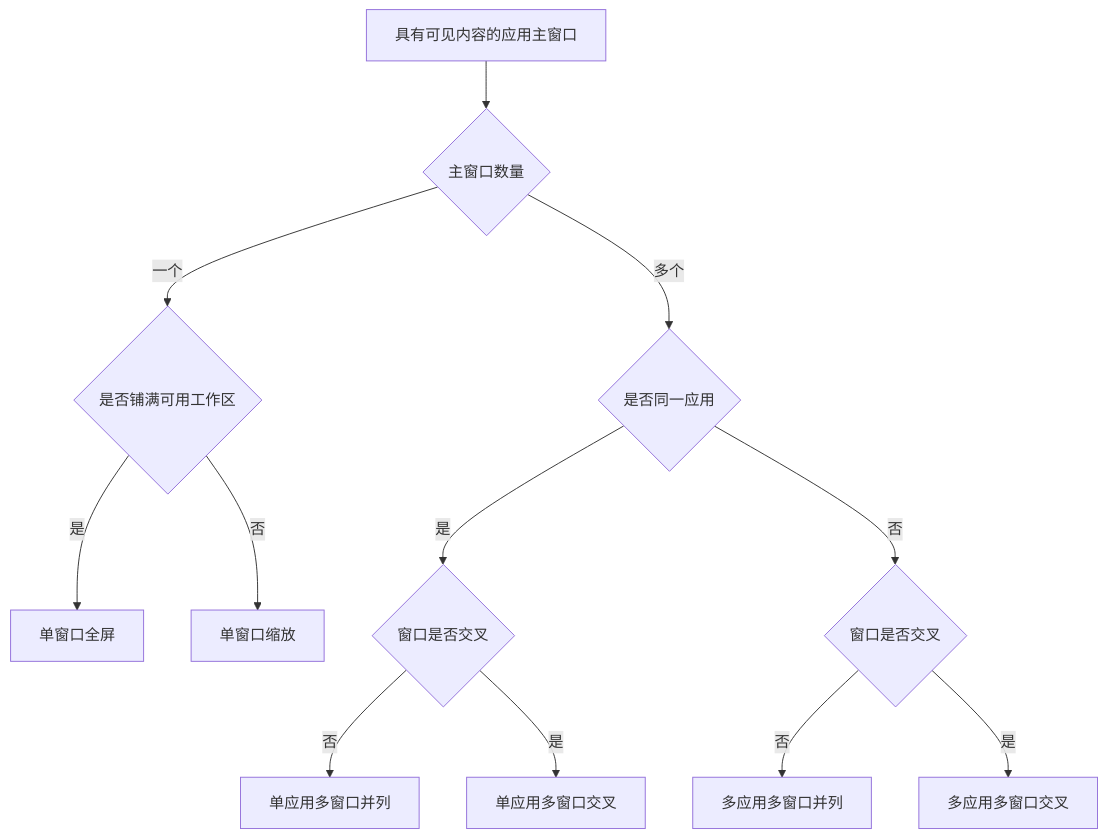
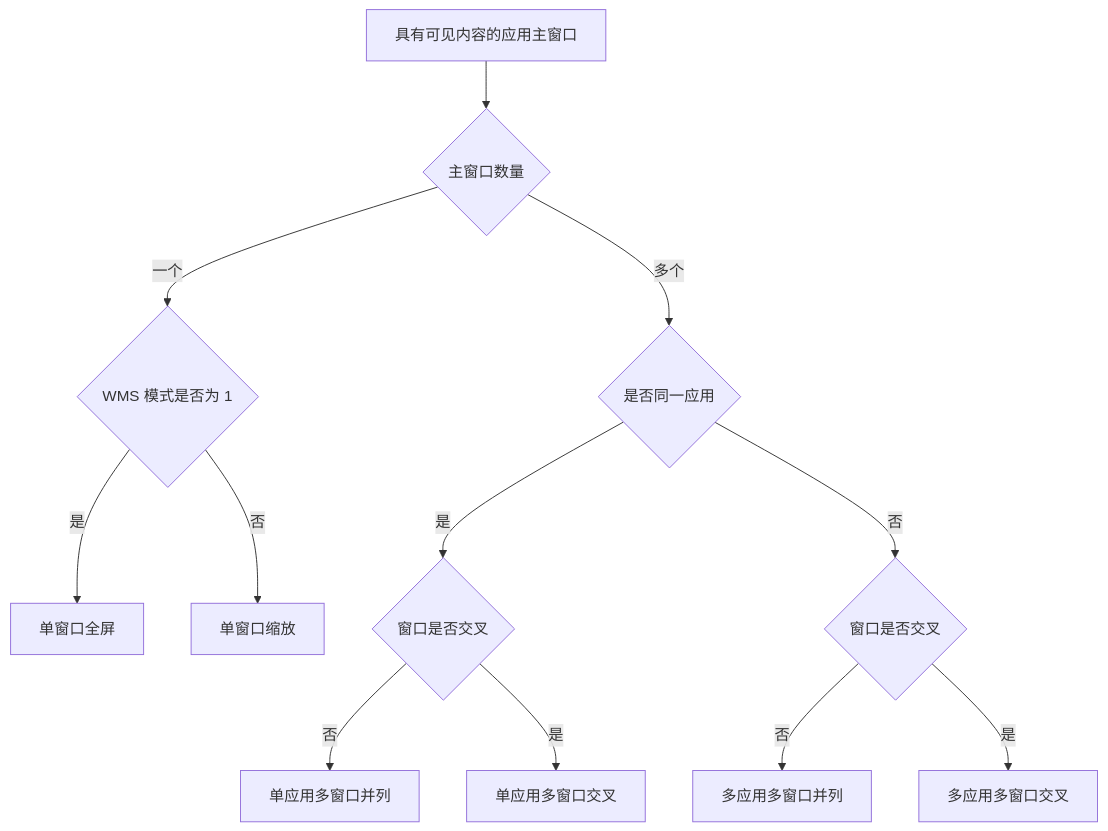
Before and after one commit to HoldThatThgt/Har-GUI: the seventh of 7 diagrams in docs/design/harmony-gui-agent-collection.md, drawn with Mermaid. The commit also changed other lines of this file and 62 other files, not shown here.

````diff
--- a/docs/design/harmony-gui-agent-collection.md
+++ b/docs/design/harmony-gui-agent-collection.md
@@ -491,14 +509,14 @@
 ```mermaid
 flowchart TD
     Visible[具有可见内容的应用主窗口] --> Count{主窗口数量}
-    Count -->|一个| Size{是否铺满可用工作区}
+    Count -->|一个| Size{WMS 模式是否为 1}
     Size -->|是| Full[单窗口全屏]
     Size -->|否| Small[单窗口缩放]
     Count -->|多个| Bundles{是否同一应用}
     Bundles -->|是| Same{窗口是否交叉}
     Bundles -->|否| Multi{窗口是否交叉}
     Same -->|否| SameParallel[单应用多窗口并列]
     Same -->|是| SameOverlap[单应用多窗口交叉]
     Multi -->|否| MultiParallel[多应用多窗口并列]
     Multi -->|是| MultiOverlap[多应用多窗口交叉]
 ```
````
